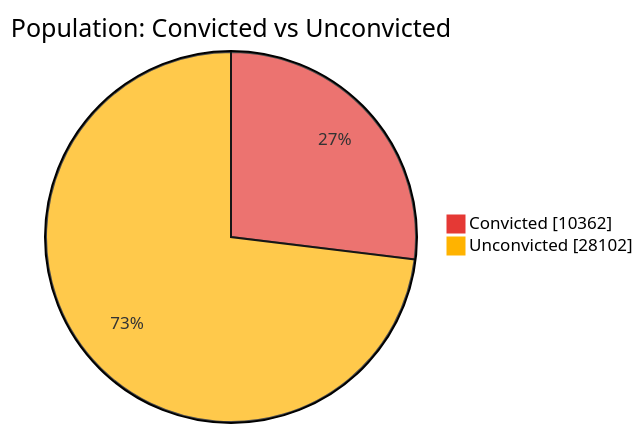
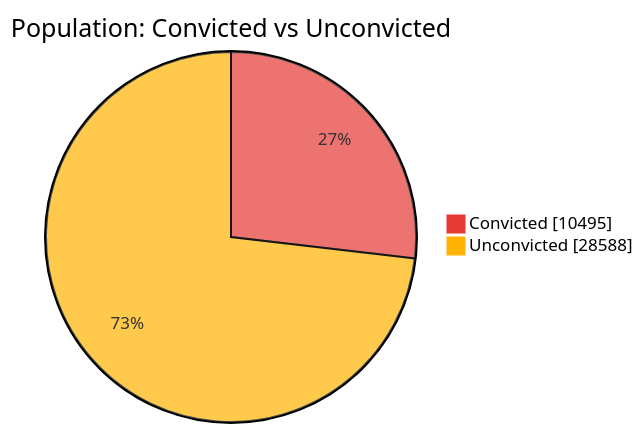
The first of 7 diagrams in README.md (nuuuwan/lk_prisons), drawn with Mermaid before and after one commit. The commit also changed other lines of this file and 1 other file, not shown here.

````diff
--- a/README.md
+++ b/README.md
@@ -43,6 +43,6 @@
 ```mermaid
 %%{init: {'themeVariables': {'pie1': '#E53935', 'pie2': '#FFB300'}}}%%
 pie showData title Population: Convicted vs Unconvicted
-    "Convicted" : 10362
-    "Unconvicted" : 28102
+    "Convicted" : 10495
+    "Unconvicted" : 28588
 ```
````
